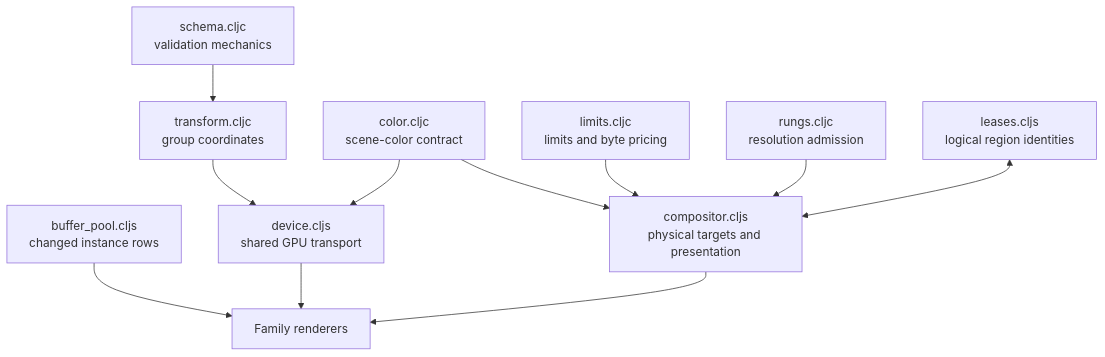
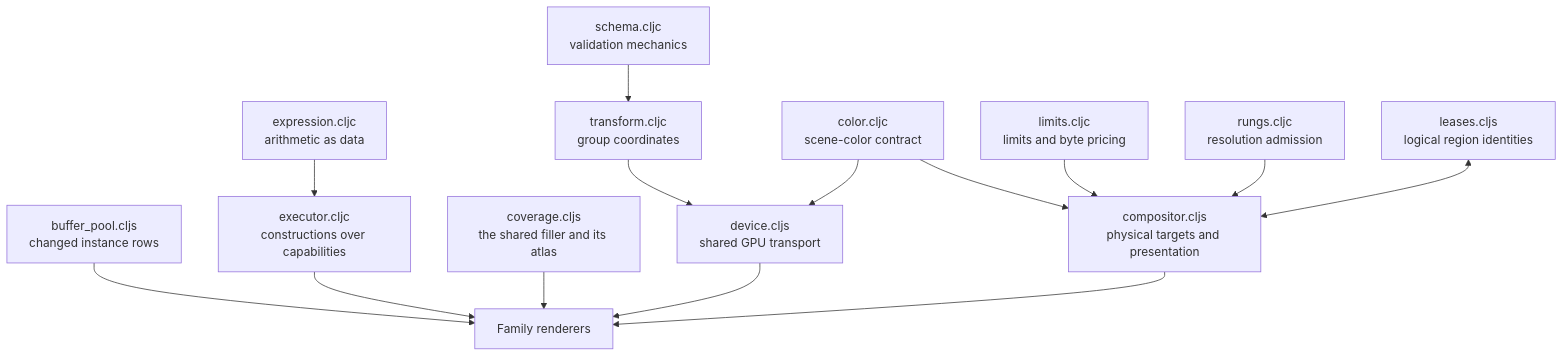
The diagram in src/app/client/engine/README.md (sid597/Softland), drawn with Mermaid before and after one commit. The commit also changed other lines of this file and 26 other files, not shown here.

````diff
--- a/src/app/client/engine/README.md
+++ b/src/app/client/engine/README.md
@@ -7,13 +7,16 @@
 ```mermaid
 flowchart TD
     S["schema.cljc<br/>validation mechanics"] --> T["transform.cljc<br/>group coordinates"]
     T --> D["device.cljs<br/>shared GPU transport"]
     C["color.cljc<br/>scene-color contract"] --> D
     C --> P["compositor.cljs<br/>physical targets and presentation"]
     L["limits.cljc<br/>limits and byte pricing"] --> P
     R["rungs.cljc<br/>resolution admission"] --> P
     B["leases.cljs<br/>logical region identities"] <--> P
     U["buffer_pool.cljs<br/>changed instance rows"] --> F["Family renderers"]
+    X["expression.cljc<br/>arithmetic as data"] --> E["executor.cljc<br/>constructions over capabilities"]
+    E --> F
+    V["coverage.cljs<br/>the shared filler and its atlas"] --> F
     D --> F
     P --> F
 ```
````
